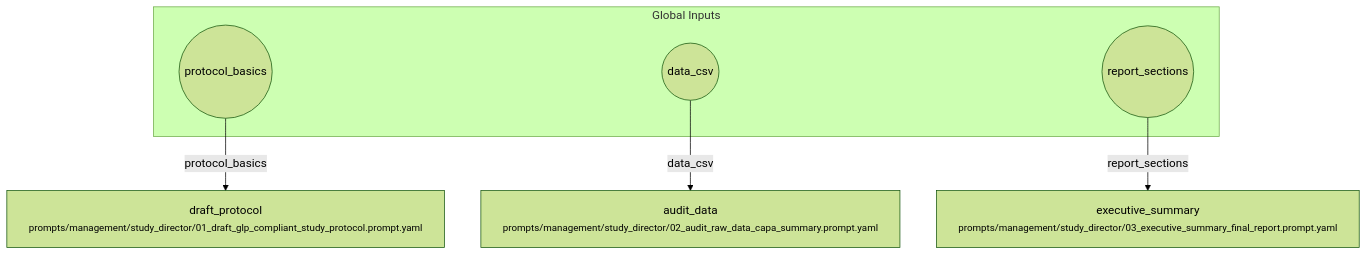
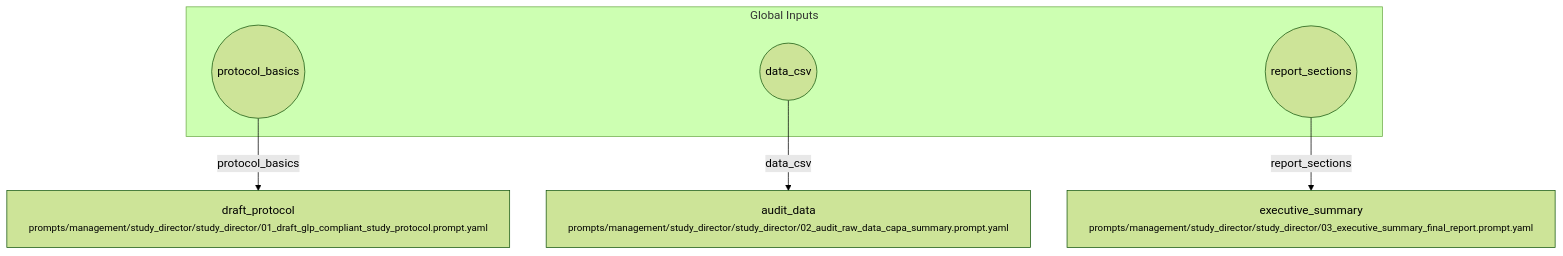
Before and after one commit to fderuiter/proompts: the diagram in workflows/management/study_director.workflow.md, drawn with Mermaid (forest theme). The commit also changed 31 other files, not shown here.

````diff
--- a/workflows/management/study_director.workflow.md
+++ b/workflows/management/study_director.workflow.md
@@ -7,14 +7,14 @@
 ```mermaid
 flowchart TD
     subgraph Inputs [Global Inputs]
         inp_protocol_basics((protocol_basics))
         inp_data_csv((data_csv))
         inp_report_sections((report_sections))
     end
-    draft_protocol["draft_protocol<br/><small>prompts/management/study_director/01_draft_glp_compliant_study_protocol.prompt.yaml</small>"]
-    audit_data["audit_data<br/><small>prompts/management/study_director/02_audit_raw_data_capa_summary.prompt.yaml</small>"]
-    executive_summary["executive_summary<br/><small>prompts/management/study_director/03_executive_summary_final_report.prompt.yaml</small>"]
+    draft_protocol["draft_protocol<br/><small>prompts/management/study_director/study_director/01_draft_glp_compliant_study_protocol.prompt.yaml</small>"]
+    audit_data["audit_data<br/><small>prompts/management/study_director/study_director/02_audit_raw_data_capa_summary.prompt.yaml</small>"]
+    executive_summary["executive_summary<br/><small>prompts/management/study_director/study_director/03_executive_summary_final_report.prompt.yaml</small>"]
     inp_protocol_basics -->|protocol_basics| draft_protocol
     inp_data_csv -->|data_csv| audit_data
     inp_report_sections -->|report_sections| executive_summary
 ```
````
